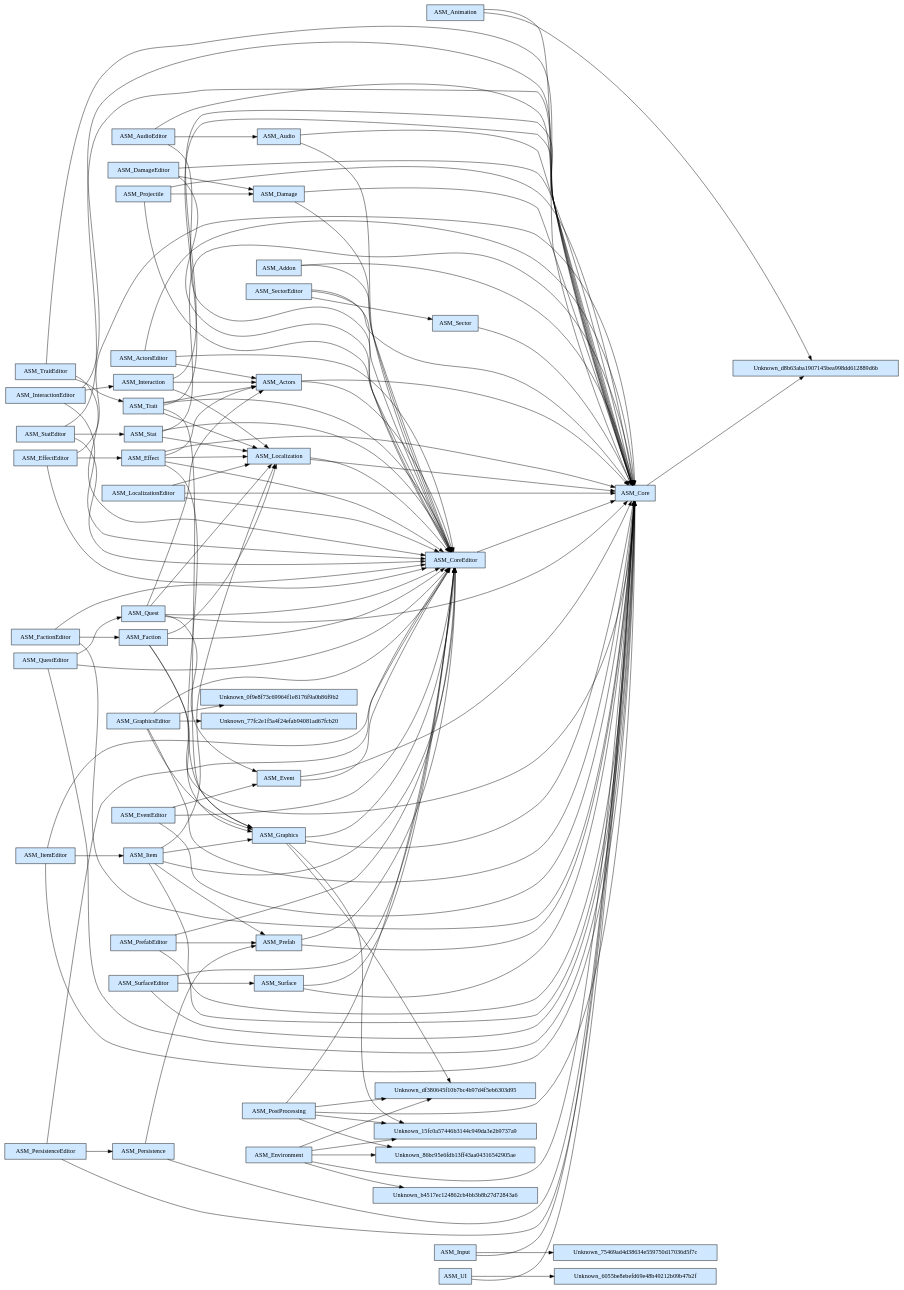
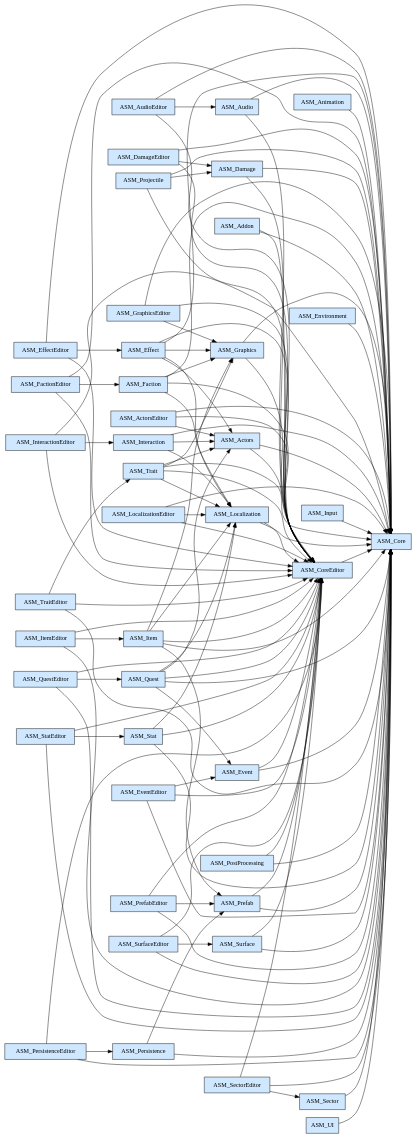
Before and after one commit to cnkblgn/com.cenkbilgin.core: the diagram in Docs~/AssemblyGraph.dot, drawn with Graphviz. The commit also changed 4 other files, not shown here.

```diff
--- a/Docs~/AssemblyGraph.dot
+++ b/Docs~/AssemblyGraph.dot
@@ -1,132 +1,117 @@
 digraph Assemblies
 {
   rankdir=LR;
   node [shape=box, style=filled, fillcolor="#cfe8ff"];
   "ASM_Actors" -> "ASM_Core";
   "ASM_Actors" -> "ASM_CoreEditor";
   "ASM_ActorsEditor" -> "ASM_Core";
   "ASM_ActorsEditor" -> "ASM_CoreEditor";
   "ASM_ActorsEditor" -> "ASM_Actors";
   "ASM_Addon" -> "ASM_Core";
   "ASM_Addon" -> "ASM_CoreEditor";
-  "ASM_Animation" -> "Unknown_d8b63aba1907145bea998dd612889d6b";
   "ASM_Animation" -> "ASM_Core";
   "ASM_Audio" -> "ASM_Core";
   "ASM_Audio" -> "ASM_CoreEditor";
   "ASM_AudioEditor" -> "ASM_Core";
   "ASM_AudioEditor" -> "ASM_CoreEditor";
   "ASM_AudioEditor" -> "ASM_Audio";
-  "ASM_Core" -> "Unknown_d8b63aba1907145bea998dd612889d6b";
   "ASM_CoreEditor" -> "ASM_Core";
   "ASM_Damage" -> "ASM_Core";
   "ASM_Damage" -> "ASM_CoreEditor";
   "ASM_DamageEditor" -> "ASM_Core";
   "ASM_DamageEditor" -> "ASM_CoreEditor";
   "ASM_DamageEditor" -> "ASM_Damage";
   "ASM_Effect" -> "ASM_Core";
   "ASM_Effect" -> "ASM_CoreEditor";
   "ASM_Effect" -> "ASM_Graphics";
   "ASM_Effect" -> "ASM_Localization";
   "ASM_Effect" -> "ASM_Actors";
   "ASM_EffectEditor" -> "ASM_Core";
   "ASM_EffectEditor" -> "ASM_CoreEditor";
   "ASM_EffectEditor" -> "ASM_Effect";
   "ASM_Environment" -> "ASM_Core";
-  "ASM_Environment" -> "Unknown_df380645f10b7bc4b97d4f5eb6303d95";
-  "ASM_Environment" -> "Unknown_15fc0a57446b3144c949da3e2b9737a9";
-  "ASM_Environment" -> "Unknown_b4517ec124862cb4bb3b8b27d72843a6";
-  "ASM_Environment" -> "Unknown_86bc95e6fdb13ff43aa04316542905ae";
   "ASM_Event" -> "ASM_Core";
   "ASM_Event" -> "ASM_CoreEditor";
   "ASM_EventEditor" -> "ASM_Core";
   "ASM_EventEditor" -> "ASM_CoreEditor";
   "ASM_EventEditor" -> "ASM_Event";
   "ASM_Faction" -> "ASM_Core";
   "ASM_Faction" -> "ASM_CoreEditor";
   "ASM_Faction" -> "ASM_Localization";
   "ASM_Faction" -> "ASM_Graphics";
   "ASM_FactionEditor" -> "ASM_Core";
   "ASM_FactionEditor" -> "ASM_CoreEditor";
   "ASM_FactionEditor" -> "ASM_Faction";
-  "ASM_Graphics" -> "Unknown_15fc0a57446b3144c949da3e2b9737a9";
-  "ASM_Graphics" -> "Unknown_df380645f10b7bc4b97d4f5eb6303d95";
   "ASM_Graphics" -> "ASM_Core";
   "ASM_Graphics" -> "ASM_CoreEditor";
   "ASM_GraphicsEditor" -> "ASM_Core";
   "ASM_GraphicsEditor" -> "ASM_CoreEditor";
   "ASM_GraphicsEditor" -> "ASM_Graphics";
-  "ASM_GraphicsEditor" -> "Unknown_77fc2e1f5a4f24efab94081ad67fcb20";
-  "ASM_GraphicsEditor" -> "Unknown_0f9e8f73c69964f1e8176f9a0b86f9b2";
-  "ASM_Input" -> "Unknown_75469ad4d38634e559750d17036d5f7c";
   "ASM_Input" -> "ASM_Core";
   "ASM_Interaction" -> "ASM_Core";
   "ASM_Interaction" -> "ASM_Actors";
   "ASM_Interaction" -> "ASM_Localization";
   "ASM_InteractionEditor" -> "ASM_Core";
   "ASM_InteractionEditor" -> "ASM_CoreEditor";
   "ASM_InteractionEditor" -> "ASM_Interaction";
   "ASM_Item" -> "ASM_Core";
   "ASM_Item" -> "ASM_CoreEditor";
   "ASM_Item" -> "ASM_Prefab";
   "ASM_Item" -> "ASM_Localization";
   "ASM_Item" -> "ASM_Graphics";
   "ASM_ItemEditor" -> "ASM_Core";
   "ASM_ItemEditor" -> "ASM_CoreEditor";
   "ASM_ItemEditor" -> "ASM_Item";
   "ASM_Localization" -> "ASM_Core";
   "ASM_Localization" -> "ASM_CoreEditor";
   "ASM_LocalizationEditor" -> "ASM_Core";
   "ASM_LocalizationEditor" -> "ASM_CoreEditor";
   "ASM_LocalizationEditor" -> "ASM_Localization";
   "ASM_Persistence" -> "ASM_Core";
   "ASM_Persistence" -> "ASM_Prefab";
   "ASM_PersistenceEditor" -> "ASM_Core";
   "ASM_PersistenceEditor" -> "ASM_CoreEditor";
   "ASM_PersistenceEditor" -> "ASM_Persistence";
   "ASM_PostProcessing" -> "ASM_Core";
   "ASM_PostProcessing" -> "ASM_CoreEditor";
-  "ASM_PostProcessing" -> "Unknown_df380645f10b7bc4b97d4f5eb6303d95";
-  "ASM_PostProcessing" -> "Unknown_15fc0a57446b3144c949da3e2b9737a9";
-  "ASM_PostProcessing" -> "Unknown_86bc95e6fdb13ff43aa04316542905ae";
   "ASM_Prefab" -> "ASM_Core";
   "ASM_Prefab" -> "ASM_CoreEditor";
   "ASM_PrefabEditor" -> "ASM_Core";
   "ASM_PrefabEditor" -> "ASM_CoreEditor";
   "ASM_PrefabEditor" -> "ASM_Prefab";
   "ASM_Projectile" -> "ASM_Core";
   "ASM_Projectile" -> "ASM_CoreEditor";
   "ASM_Projectile" -> "ASM_Damage";
   "ASM_Quest" -> "ASM_Core";
   "ASM_Quest" -> "ASM_CoreEditor";
   "ASM_Quest" -> "ASM_Localization";
   "ASM_Quest" -> "ASM_Actors";
   "ASM_Quest" -> "ASM_Event";
   "ASM_QuestEditor" -> "ASM_Core";
   "ASM_QuestEditor" -> "ASM_CoreEditor";
   "ASM_QuestEditor" -> "ASM_Quest";
   "ASM_Sector" -> "ASM_Core";
   "ASM_SectorEditor" -> "ASM_Core";
   "ASM_SectorEditor" -> "ASM_CoreEditor";
   "ASM_SectorEditor" -> "ASM_Sector";
   "ASM_Stat" -> "ASM_Core";
   "ASM_Stat" -> "ASM_CoreEditor";
   "ASM_Stat" -> "ASM_Localization";
   "ASM_StatEditor" -> "ASM_Core";
   "ASM_StatEditor" -> "ASM_CoreEditor";
   "ASM_StatEditor" -> "ASM_Stat";
   "ASM_Surface" -> "ASM_Core";
   "ASM_Surface" -> "ASM_CoreEditor";
   "ASM_SurfaceEditor" -> "ASM_Core";
   "ASM_SurfaceEditor" -> "ASM_CoreEditor";
   "ASM_SurfaceEditor" -> "ASM_Surface";
   "ASM_Trait" -> "ASM_Core";
   "ASM_Trait" -> "ASM_CoreEditor";
   "ASM_Trait" -> "ASM_Actors";
   "ASM_Trait" -> "ASM_Localization";
   "ASM_Trait" -> "ASM_Graphics";
   "ASM_TraitEditor" -> "ASM_Core";
   "ASM_TraitEditor" -> "ASM_CoreEditor";
   "ASM_TraitEditor" -> "ASM_Trait";
   "ASM_UI" -> "ASM_Core";
-  "ASM_UI" -> "Unknown_6055be8ebefd69e48b49212b09b47b2f";
 }
```
